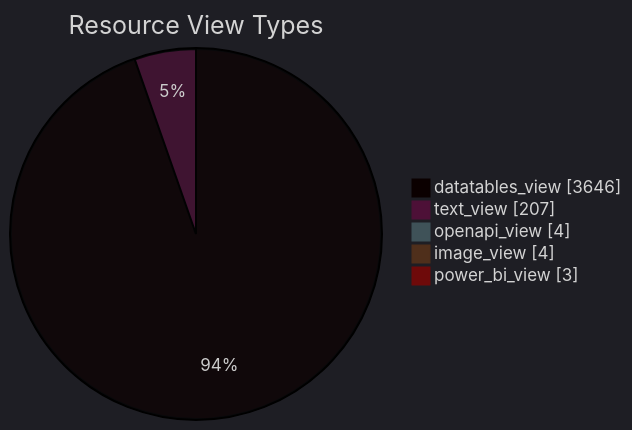
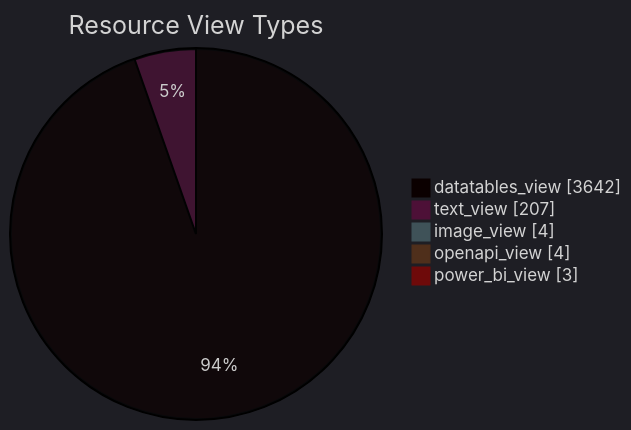
The diagram in datastore_tracker/resource_view_types_pie_chart.md (open-data/analytics-corporate-reporting), drawn with Mermaid before and after one commit. The commit also changed 9 other files, not shown here.

````diff
--- a/datastore_tracker/resource_view_types_pie_chart.md
+++ b/datastore_tracker/resource_view_types_pie_chart.md
@@ -2,12 +2,12 @@
 ```mermaid
 ---
 config:
   theme: dark
 ---
 pie showData title Resource View Types
-    "datatables_view": 3646
+    "datatables_view": 3642
     "text_view": 207
+    "image_view": 4
     "openapi_view": 4
-    "image_view": 4
     "power_bi_view": 3
 ```
````
